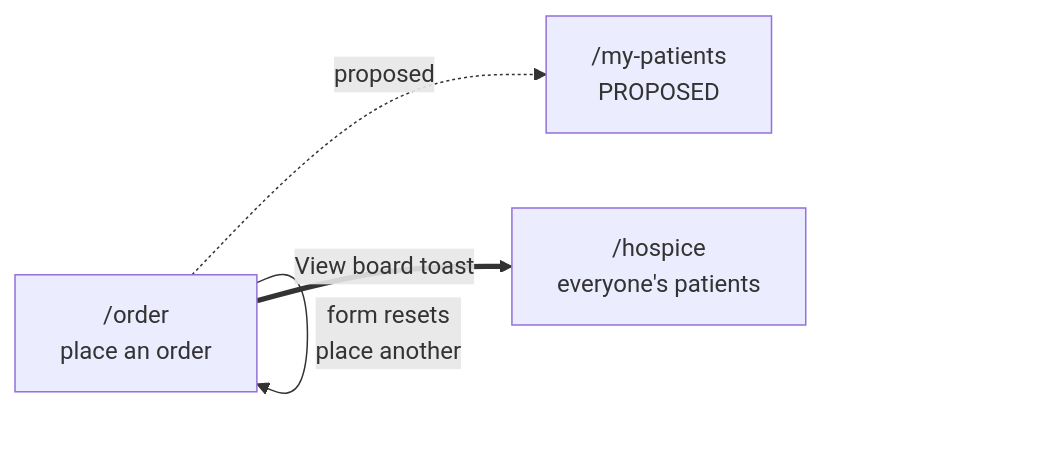
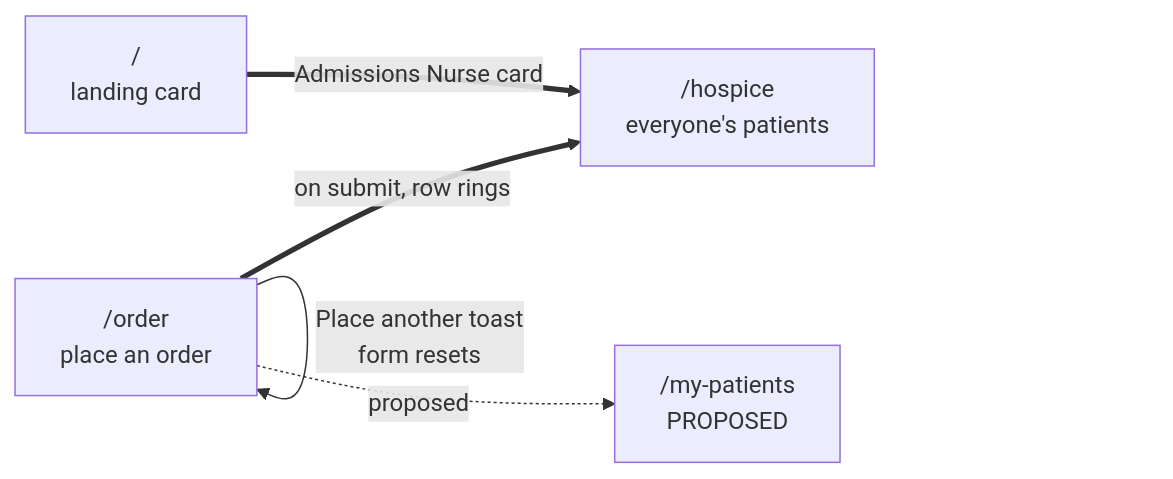
The second of 6 diagrams in docs/UX-FLOWS.md (kr3wangel/betterrx-hackathon-2026), drawn with Mermaid before and after one commit. The commit also changed other lines of this file and 9 other files, not shown here.

````diff
--- a/docs/UX-FLOWS.md
+++ b/docs/UX-FLOWS.md
@@ -184,9 +221,11 @@
 ```mermaid
 graph LR
+  L["/<br/>landing card"]
   A["/order<br/>place an order"]
   B["/my-patients<br/>PROPOSED"]
   C["/hospice<br/>everyone's patients"]
-  A ==>|"View board toast"| C
-  A -->|"form resets<br/>place another"| A
+  L ==>|"Admissions Nurse card"| C
+  A ==>|"on submit, row rings"| C
+  A -->|"Place another toast<br/>form resets"| A
   A -.->|"proposed"| B
 ```
````
